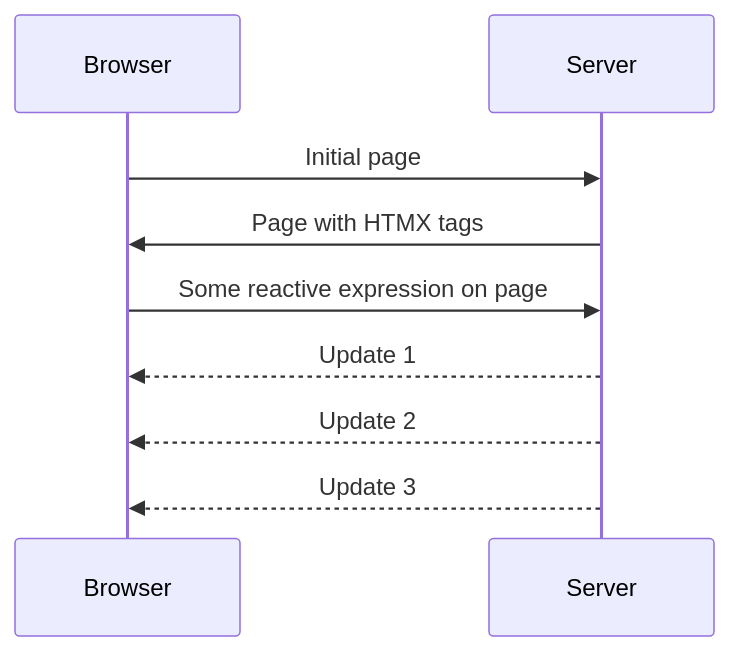
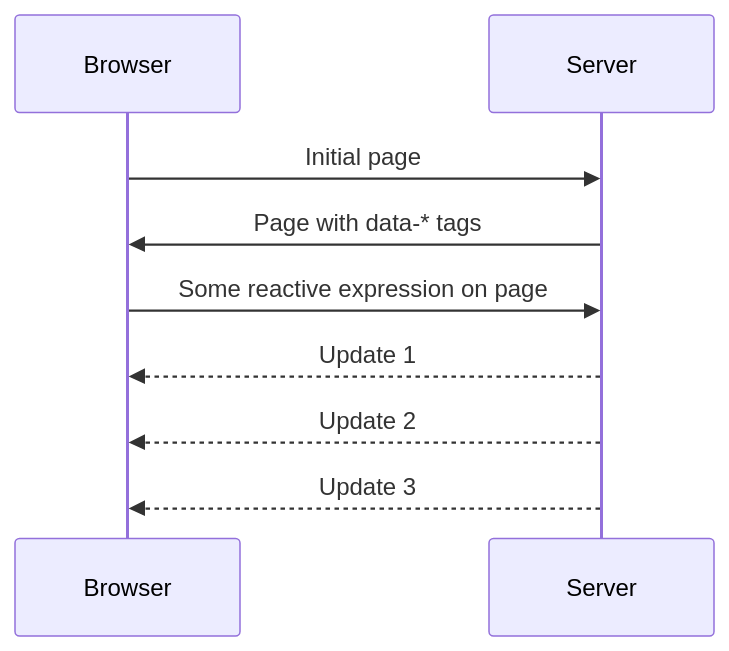
Before and after one commit to delaneyj/datastar: the second of 5 diagrams in packages/presentations/pages/240817-vegas-slides.md, drawn with Mermaid. The commit also changed other lines of this file and 1 other file, not shown here.

````diff
--- a/packages/presentations/pages/240817-vegas-slides.md
+++ b/packages/presentations/pages/240817-vegas-slides.md
@@ -292,9 +332,9 @@
 ```mermaid
 sequenceDiagram
   Browser->>Server: Initial page
-  Server->>Browser: Page with HTMX tags
+  Server->>Browser: Page with data-* tags
   Browser->>Server: Some reactive expression on page
   Server-->>Browser: Update 1
   Server-->>Browser: Update 2
   Server-->>Browser: Update 3
 ```
````
